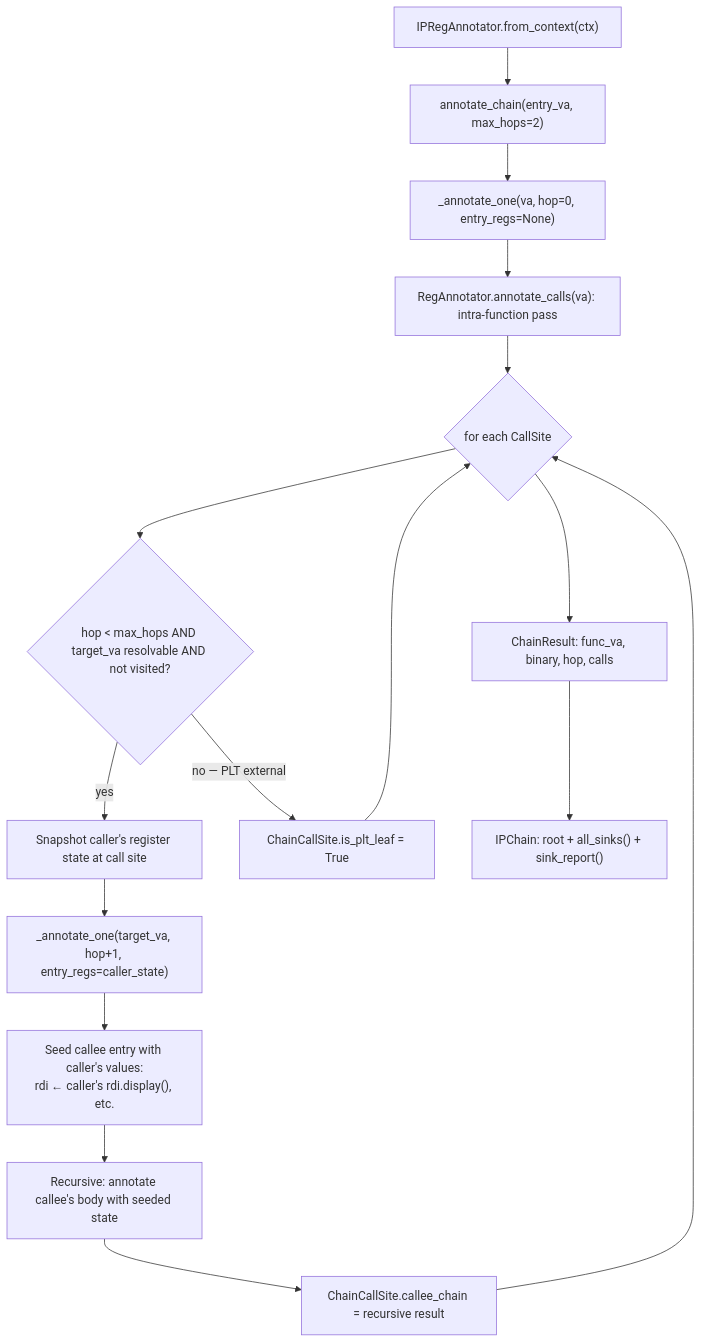
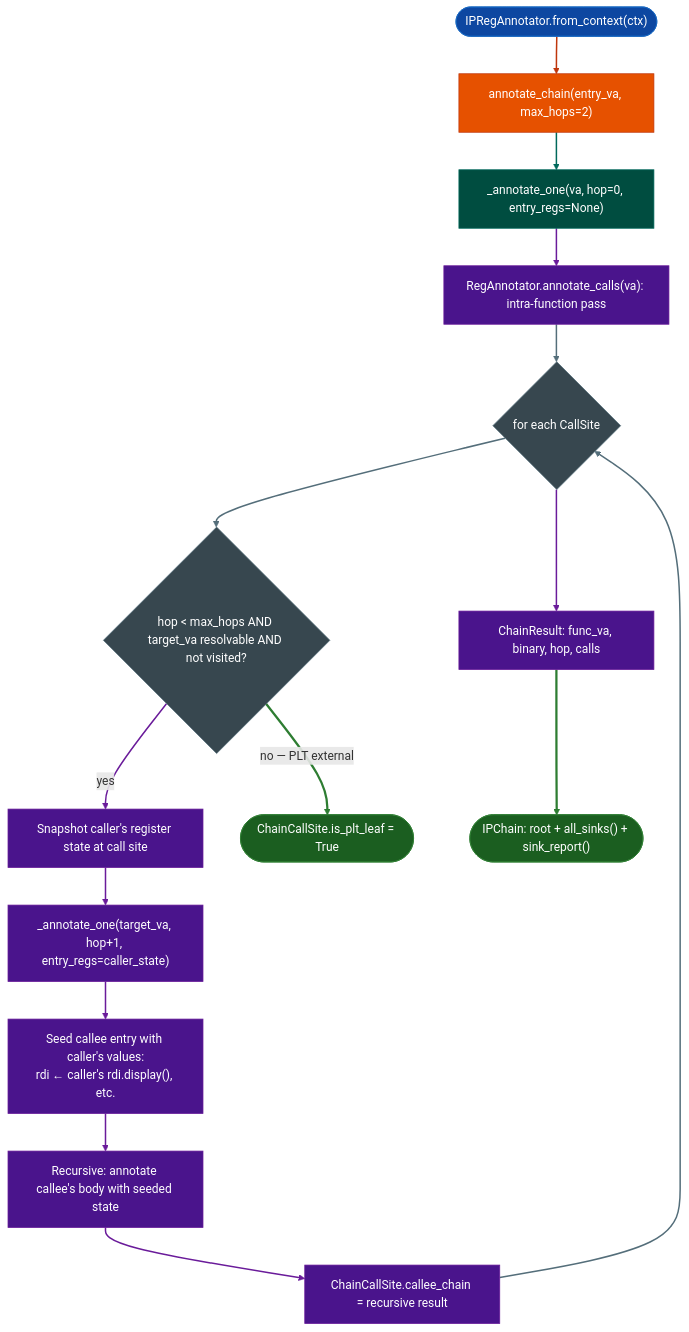
Before and after one commit to Ablation-Tool/ablation: the second of 2 diagrams in docs/reference-modules/interprocedural-argument-provenance.md, drawn with Mermaid. The commit also changed other lines of this file and 320 other files, not shown here.

First line of the commit message:
docs: apply canonical Mermaid template to all 321 diagrams

````diff
--- a/docs/reference-modules/interprocedural-argument-provenance.md
+++ b/docs/reference-modules/interprocedural-argument-provenance.md
@@ -40,17 +59,37 @@
 ```mermaid
 flowchart TD
-    A["IPRegAnnotator.from_context(ctx)"] --> B["annotate_chain(entry_va, max_hops=2)"]
-    B --> C["_annotate_one(va, hop=0, entry_regs=None)"]
-    C --> D["RegAnnotator.annotate_calls(va): intra-function pass"]
-    D --> E{for each CallSite}
-    E --> F{hop < max_hops AND target_va resolvable AND not visited?}
-    F -->|yes| G["Snapshot caller's register state at call site"]
-    G --> H["_annotate_one(target_va, hop+1, entry_regs=caller_state)"]
-    H --> I["Seed callee entry with caller's values:\nrdi ← caller's rdi.display(), etc."]
-    I --> J["Recursive: annotate callee's body with seeded state"]
-    J --> K["ChainCallSite.callee_chain = recursive result"]
-    F -->|no — PLT external| L["ChainCallSite.is_plt_leaf = True"]
-    K & L --> E
-    E --> M["ChainResult: func_va, binary, hop, calls"]
-    M --> N["IPChain: root + all_sinks() + sink_report()"]
+    A(["IPRegAnnotator.from_context(ctx)"]):::input --> B["annotate_chain(entry_va, max_hops=2)"]:::primary
+    B:::primary --> C["_annotate_one(va, hop=0, entry_regs=None)"]:::secondary
+    C:::secondary --> D["RegAnnotator.annotate_calls(va): intra-function pass"]:::tertiary
+    D:::tertiary --> E{"for each CallSite"}:::neutral
+    E:::neutral --> F{"hop < max_hops AND target_va resolvable AND not visited?"}:::neutral
+    F:::neutral -->|yes| G["Snapshot caller's register state at call site"]:::tertiary
+    G:::tertiary --> H["_annotate_one(target_va, hop+1, entry_regs=caller_state)"]:::tertiary
+    H:::tertiary --> I["Seed callee entry with caller's values:\nrdi ← caller's rdi.display(), etc."]:::tertiary
+    I:::tertiary --> J["Recursive: annotate callee's body with seeded state"]:::tertiary
+    J:::tertiary --> K["ChainCallSite.callee_chain = recursive result"]:::tertiary
+    F:::neutral -->|no — PLT external| L(["ChainCallSite.is_plt_leaf = True"]):::output
+    K:::tertiary --> E:::neutral
+    E:::neutral --> M["ChainResult: func_va, binary, hop, calls"]:::tertiary
+    M:::tertiary --> N(["IPChain: root + all_sinks() + sink_report()"]):::output
+    classDef input     fill:#0d47a1,stroke:#1565c0,color:#fff
+    classDef primary   fill:#e65100,stroke:#bf360c,color:#fff
+    classDef secondary fill:#004d40,stroke:#00695c,color:#fff
+    classDef tertiary  fill:#4a148c,stroke:#6a1b9a,color:#fff
+    classDef neutral   fill:#37474f,stroke:#546e7a,color:#fff
+    classDef output    fill:#1b5e20,stroke:#2e7d32,color:#fff
+    linkStyle 0 stroke:#bf360c,stroke-width:2px
+    linkStyle 1 stroke:#00695c,stroke-width:2px
+    linkStyle 2 stroke:#6a1b9a,stroke-width:2px
+    linkStyle 3 stroke:#546e7a,stroke-width:2px
+    linkStyle 4 stroke:#546e7a,stroke-width:2px
+    linkStyle 5 stroke:#6a1b9a,stroke-width:2px
+    linkStyle 6 stroke:#6a1b9a,stroke-width:2px
+    linkStyle 7 stroke:#6a1b9a,stroke-width:2px
+    linkStyle 8 stroke:#6a1b9a,stroke-width:2px
+    linkStyle 9 stroke:#6a1b9a,stroke-width:2px
+    linkStyle 10 stroke:#2e7d32,stroke-width:3px
+    linkStyle 11 stroke:#546e7a,stroke-width:2px
+    linkStyle 12 stroke:#6a1b9a,stroke-width:2px
+    linkStyle 13 stroke:#2e7d32,stroke-width:3px
 ```
````
